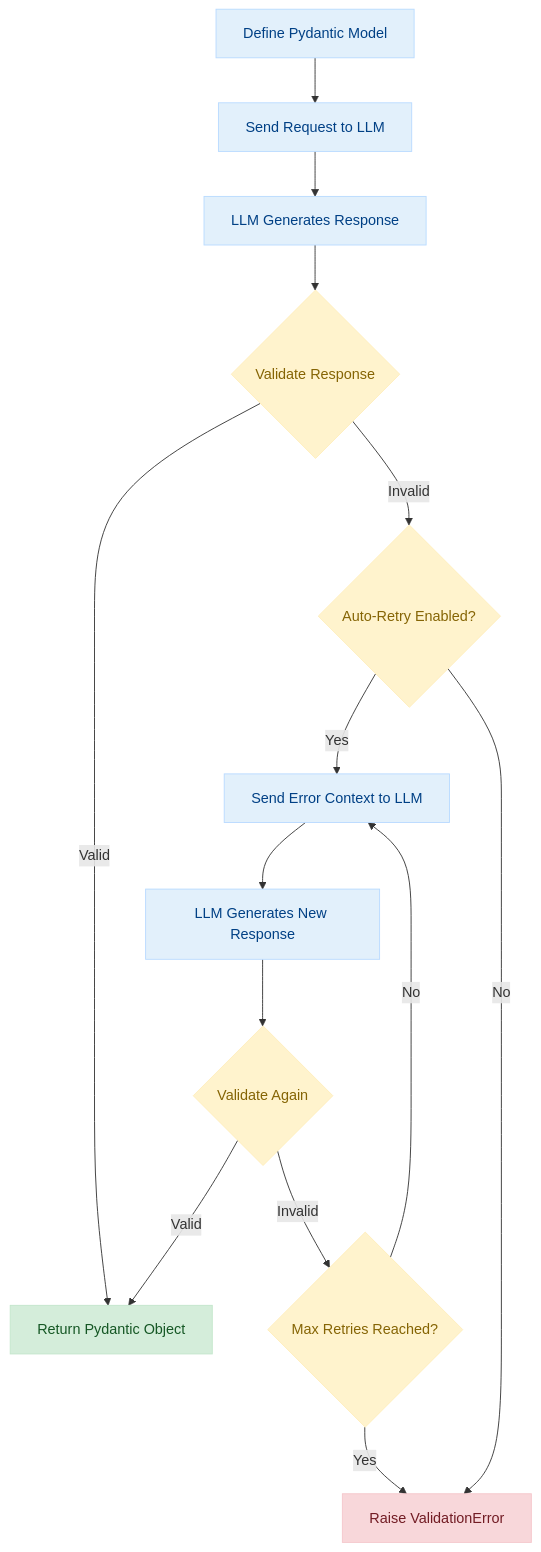
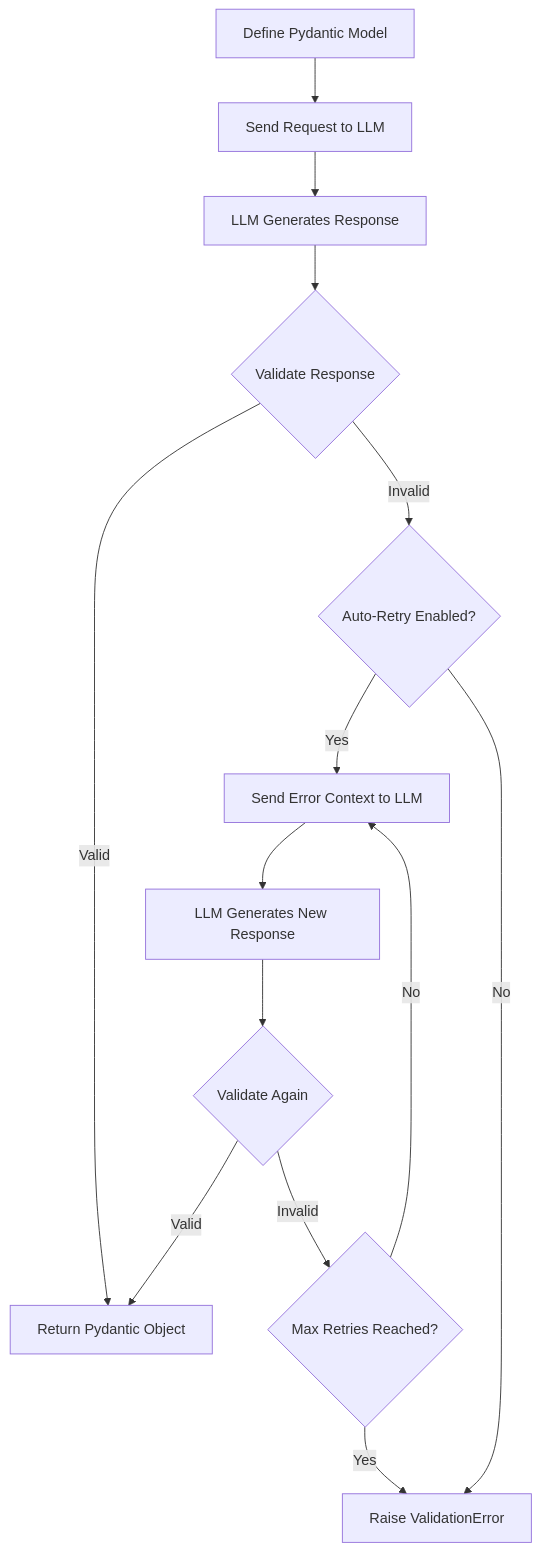
The diagram in docs/concepts/validation.md (ssheraz18/instructor), drawn with Mermaid before and after one commit. The commit also changed other lines of this file and 154 other files, not shown here.

````diff
--- a/docs/concepts/validation.md
+++ b/docs/concepts/validation.md
@@ -22,31 +12,21 @@
 ```mermaid
 flowchart TD
     A[Define Pydantic Model] --> B[Send Request to LLM]
     B --> C[LLM Generates Response]
     C --> D{Validate Response}
 
     D -->|Valid| E[Return Pydantic Object]
     D -->|Invalid| F{Auto-Retry Enabled?}
 
     F -->|Yes| G[Send Error Context to LLM]
     F -->|No| H[Raise ValidationError]
 
     G --> I[LLM Generates New Response]
     I --> J{Validate Again}
 
     J -->|Valid| E
     J -->|Invalid| K{Max Retries Reached?}
 
     K -->|No| G
     K -->|Yes| H
-
-    classDef success fill:#d4edda,stroke:#c3e6cb,color:#155724;
-    classDef error fill:#f8d7da,stroke:#f5c6cb,color:#721c24;
-    classDef process fill:#e2f0fb,stroke:#b8daff,color:#004085;
-    classDef decision fill:#fff3cd,stroke:#ffeeba,color:#856404;
-
-    class A,B,C,G,I process
-    class D,F,J,K decision
-    class E success
-    class H error
 ```
````
